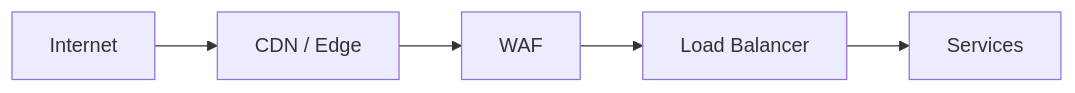
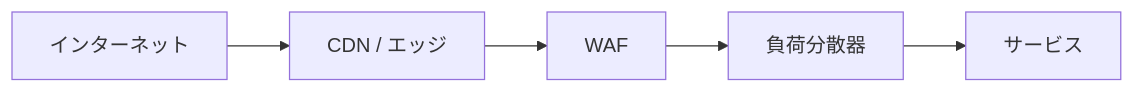
Before and after one commit to ShigeichiroYamasaki/creator-first-platform: diagram 12 of 48 in docs/whitepaper/10-security.md, drawn with Mermaid. The commit also changed other lines of this file and 72 other files, not shown here.

````diff
--- a/docs/whitepaper/10-security.md
+++ b/docs/whitepaper/10-security.md
@@ -397,10 +397,10 @@
 ```mermaid
 flowchart LR
-    INTERNET[Internet]
-    EDGE[CDN / Edge]
+    INTERNET[インターネット]
+    EDGE[CDN / エッジ]
     WAF[WAF]
-    LB[Load Balancer]
-    SERVICE[Services]
+    LB[負荷分散器]
+    SERVICE[サービス]
 
     INTERNET --> EDGE --> WAF --> LB --> SERVICE
 ```
````
